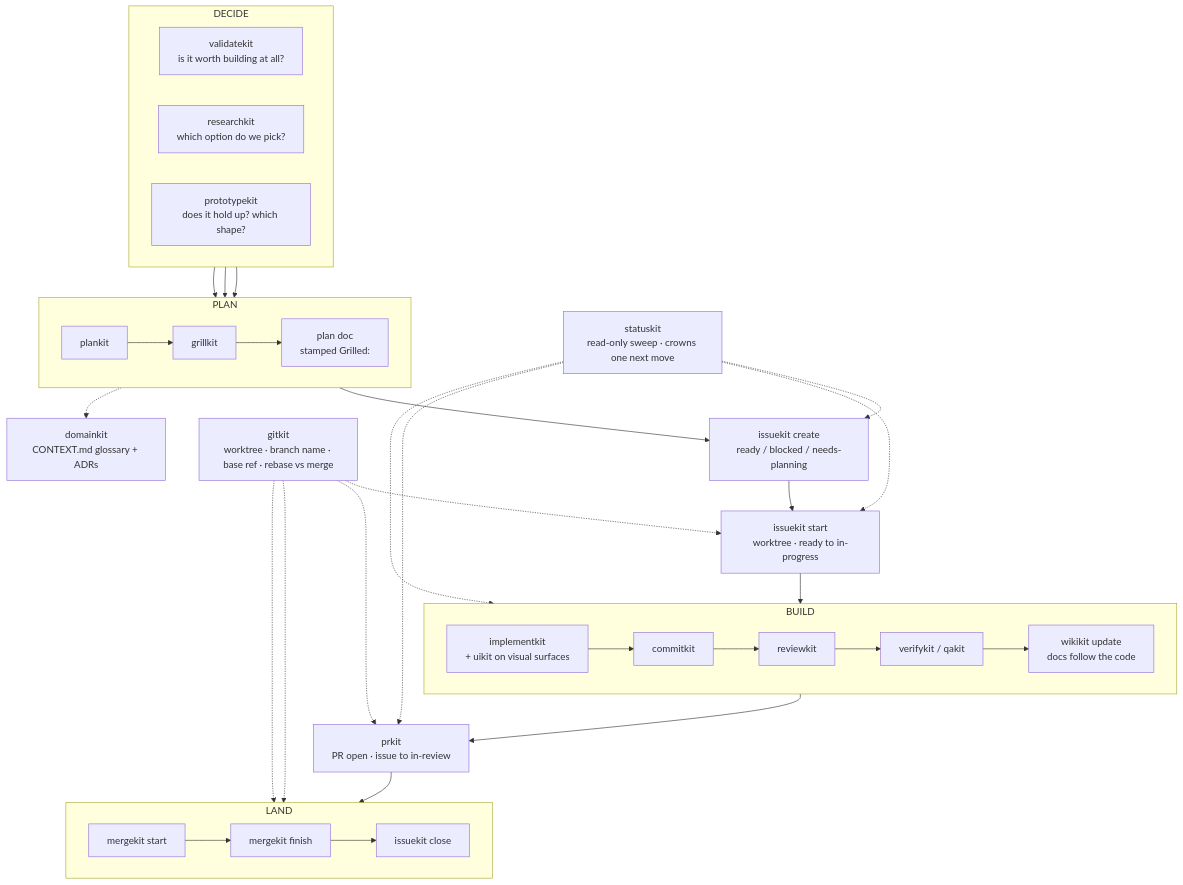
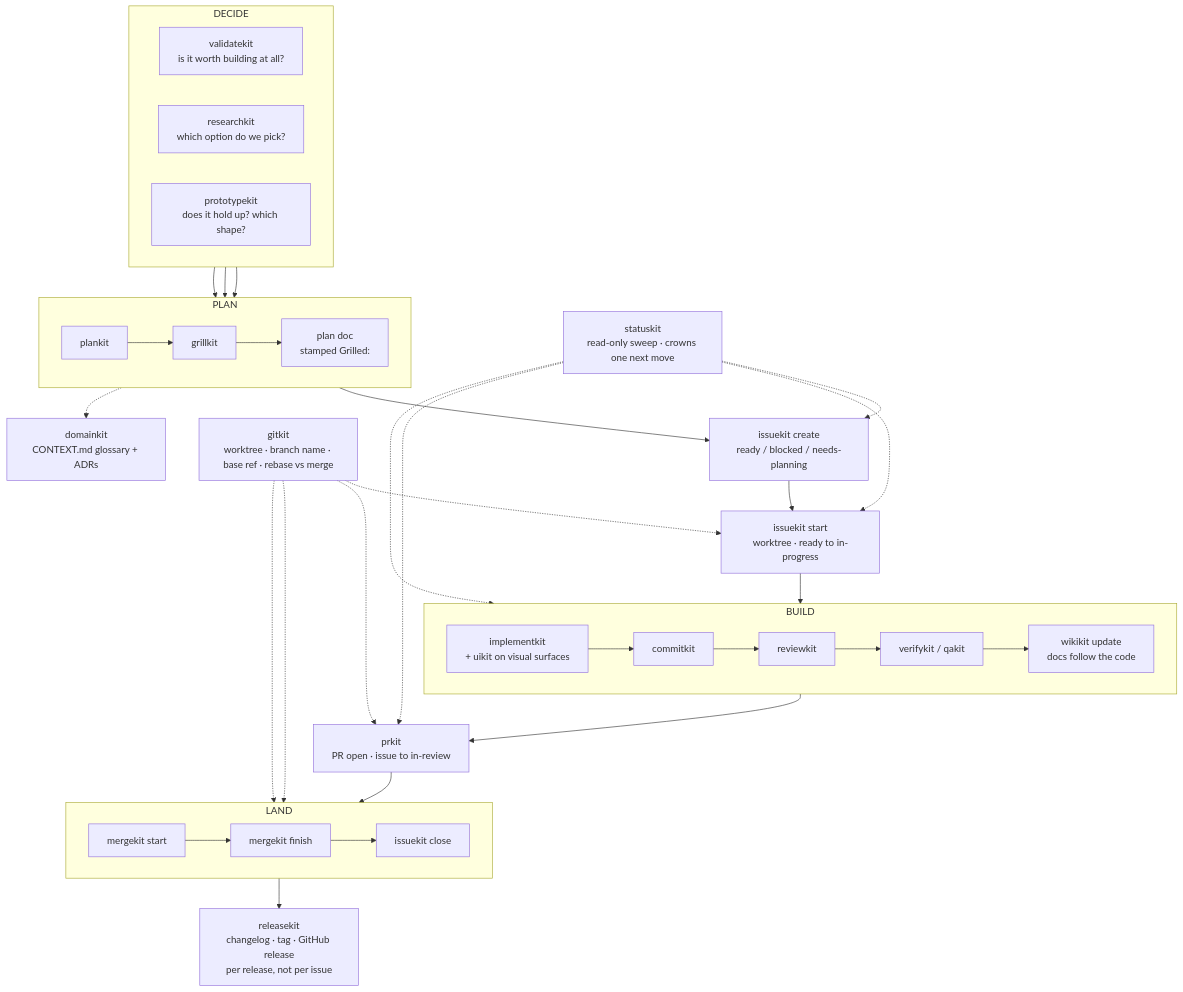
The diagram in docs/wiki/workflow.md (mimukit/skills), drawn with Mermaid before and after one commit. The commit also changed other lines of this file and 4 other files, not shown here.

````diff
--- a/docs/wiki/workflow.md
+++ b/docs/wiki/workflow.md
@@ -38,52 +40,55 @@
 ```mermaid
 flowchart TD
     ST["statuskit<br>read-only sweep · crowns one next move"]
 
     subgraph decide["DECIDE"]
         direction LR
         V["validatekit<br>is it worth building at all?"]
         R["researchkit<br>which option do we pick?"]
         PR["prototypekit<br>does it hold up? which shape?"]
     end
 
     subgraph plan["PLAN"]
         direction LR
         P["plankit"] --> G["grillkit"] --> PD["plan doc<br>stamped Grilled:"]
     end
 
     F["issuekit create<br>ready / blocked / needs-planning"]
     S["issuekit start<br>worktree · ready to in-progress"]
 
     subgraph build["BUILD"]
         direction LR
         I["implementkit<br>+ uikit on visual surfaces"] --> C["commitkit"] --> RV["reviewkit"] --> Q["verifykit / qakit"] --> W["wikikit update<br>docs follow the code"]
     end
 
     SH["prkit<br>PR open · issue to in-review"]
 
     subgraph land["LAND"]
         direction LR
         M1["mergekit start"] --> M2["mergekit finish"] --> M3["issuekit close"]
     end
 
+    RL["releasekit<br>changelog · tag · GitHub release<br>per release, not per issue"]
+
     GK["gitkit<br>worktree · branch name · base ref · rebase vs merge"]
     DK["domainkit<br>CONTEXT.md glossary + ADRs"]
 
     V --> P
     R --> P
     PR --> P
     PD --> F --> S --> I
     W --> SH --> M1
+    M3 --> RL
 
     ST -.-> F
     ST -.-> S
     ST -.-> I
     ST -.-> SH
 
     GK -.-> S
     GK -.-> SH
     GK -.-> M1
     GK -.-> M3
 
     G -.-> DK
 ```
````
